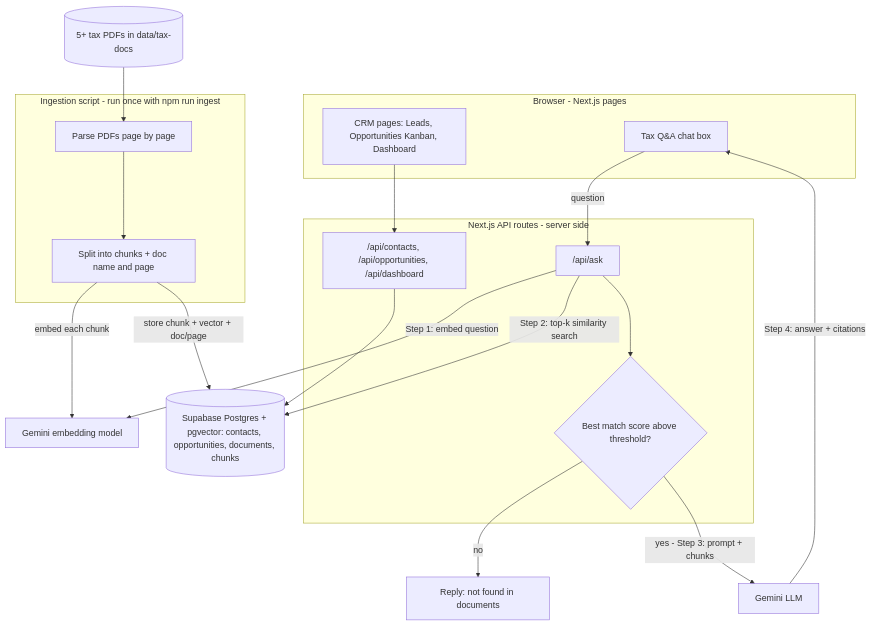
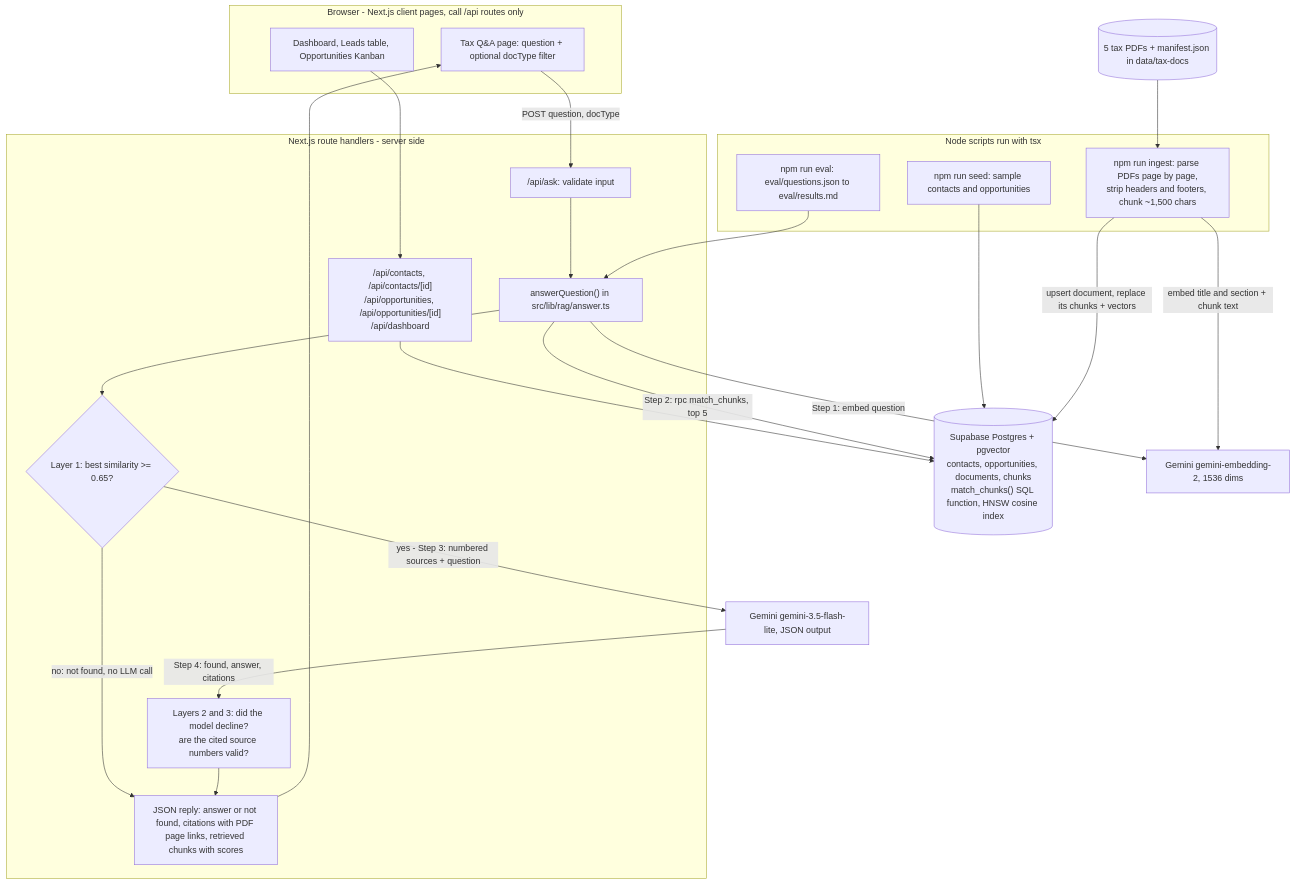
One commit to Serenity318/Case_Study changed the first of 2 diagrams in ARCHITECTURE.md. Above: the diagram before and after it, drawn with Mermaid. The commit also changed other lines of this file and 4 other files, not shown here.

Commit message:
Complete architecture docs, README and evaluation write-up

````diff
--- a/ARCHITECTURE.md
+++ b/ARCHITECTURE.md
@@ -4,37 +4,45 @@
 ```mermaid
 flowchart TB
-  subgraph Browser["Browser - Next.js pages"]
-    CRM["CRM pages: Leads, Opportunities Kanban, Dashboard"]
-    Chat["Tax Q&A chat box"]
+  subgraph Browser["Browser - Next.js client pages, call /api routes only"]
+    CRM["Dashboard, Leads table, Opportunities Kanban"]
+    Ask["Tax Q&A page: question + optional docType filter"]
   end
 
-  subgraph Server["Next.js API routes - server side"]
-    CRMAPI["/api/contacts, /api/opportunities, /api/dashboard"]
-    AskAPI["/api/ask"]
-    Guard{"Best match score above threshold?"}
+  subgraph Server["Next.js route handlers - server side"]
+    CRMAPI["/api/contacts, /api/contacts/[id]<br/>/api/opportunities, /api/opportunities/[id]<br/>/api/dashboard"]
+    AskAPI["/api/ask: validate input"]
+    Pipeline["answerQuestion() in src/lib/rag/answer.ts"]
+    Guard{"Layer 1: best similarity >= 0.65?"}
+    Verify["Layers 2 and 3: did the model decline?<br/>are the cited source numbers valid?"]
+    Reply["JSON reply: answer or not found, citations with PDF page links, retrieved chunks with scores"]
   end
 
-  subgraph Ingest["Ingestion script - run once with npm run ingest"]
-    Parse["Parse PDFs page by page"]
-    Chunk["Split into chunks + doc name and page"]
+  subgraph Scripts["Node scripts run with tsx"]
+    Ingest["npm run ingest: parse PDFs page by page,<br/>strip headers and footers, chunk ~1,500 chars"]
+    Eval["npm run eval: eval/questions.json to eval/results.md"]
+    Seed["npm run seed: sample contacts and opportunities"]
   end
 
-  PDFs[("5+ tax PDFs in data/tax-docs")]
-  DB[("Supabase Postgres + pgvector: contacts, opportunities, documents, chunks")]
-  Embed["Gemini embedding model"]
-  LLM["Gemini LLM"]
+  PDFs[("5 tax PDFs + manifest.json in data/tax-docs")]
+  DB[("Supabase Postgres + pgvector<br/>contacts, opportunities, documents, chunks<br/>match_chunks() SQL function, HNSW cosine index")]
+  Embed["Gemini gemini-embedding-2, 1536 dims"]
+  LLM["Gemini gemini-3.5-flash-lite, JSON output"]
 
   CRM --> CRMAPI --> DB
+  Seed --> DB
 
-  Chat -->|"question"| AskAPI
-  AskAPI -->|"Step 1: embed question"| Embed
-  AskAPI -->|"Step 2: top-k similarity search"| DB
-  AskAPI --> Guard
-  Guard -->|"no"| NotFound["Reply: not found in documents"]
-  Guard -->|"yes - Step 3: prompt + chunks"| LLM
-  LLM -->|"Step 4: answer + citations"| Chat
+  Ask -->|"POST question, docType"| AskAPI --> Pipeline
+  Eval --> Pipeline
+  Pipeline -->|"Step 1: embed question"| Embed
+  Pipeline -->|"Step 2: rpc match_chunks, top 5"| DB
+  Pipeline --> Guard
+  Guard -->|"no: not found, no LLM call"| Reply
+  Guard -->|"yes - Step 3: numbered sources + question"| LLM
+  LLM -->|"Step 4: found, answer, citations"| Verify
+  Verify --> Reply
+  Reply --> Ask
 
-  PDFs --> Parse --> Chunk
-  Chunk -->|"embed each chunk"| Embed
-  Chunk -->|"store chunk + vector + doc/page"| DB
+  PDFs --> Ingest
+  Ingest -->|"embed title and section + chunk text"| Embed
+  Ingest -->|"upsert document, replace its chunks + vectors"| DB
 ```
````
